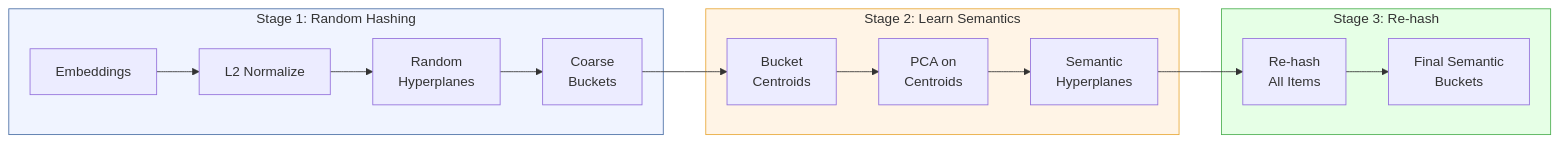
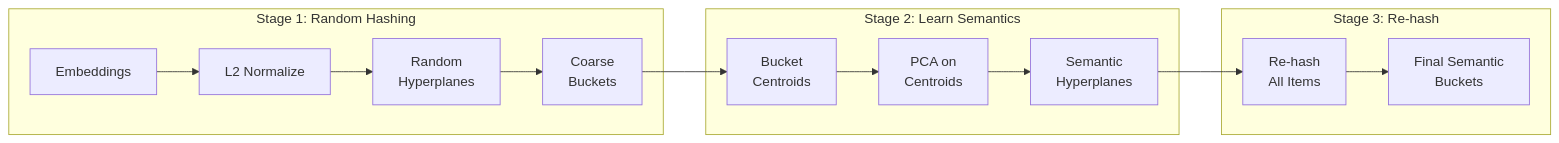
One commit to jdonaldson/dyf changed the first of 2 diagrams in docs/index.qmd. Above: the diagram before and after it, drawn with Mermaid. The commit also changed other lines of this file and 1 other file, not shown here.

First line of the commit message:
Fix Mermaid diagram readability in dark mode

````diff
--- a/docs/index.qmd
+++ b/docs/index.qmd
@@ -162,23 +162,19 @@
 ```{mermaid}
 flowchart LR
     subgraph Stage1["Stage 1: Random Hashing"]
         E["Embeddings"] --> N["L2 Normalize"]
         N --> RH["Random<br/>Hyperplanes"]
         RH --> CB["Coarse<br/>Buckets"]
     end
 
     subgraph Stage2["Stage 2: Learn Semantics"]
         CB --> BC["Bucket<br/>Centroids"]
         BC --> PCA["PCA on<br/>Centroids"]
         PCA --> SH["Semantic<br/>Hyperplanes"]
     end
 
     subgraph Stage3["Stage 3: Re-hash"]
         SH --> RE["Re-hash<br/>All Items"]
         RE --> FB["Final Semantic<br/>Buckets"]
     end
-
-    style Stage1 fill:#f0f4ff,stroke:#4a6fa5
-    style Stage2 fill:#fff4e6,stroke:#e8a838
-    style Stage3 fill:#e6ffe6,stroke:#4caf50
 ```
````
